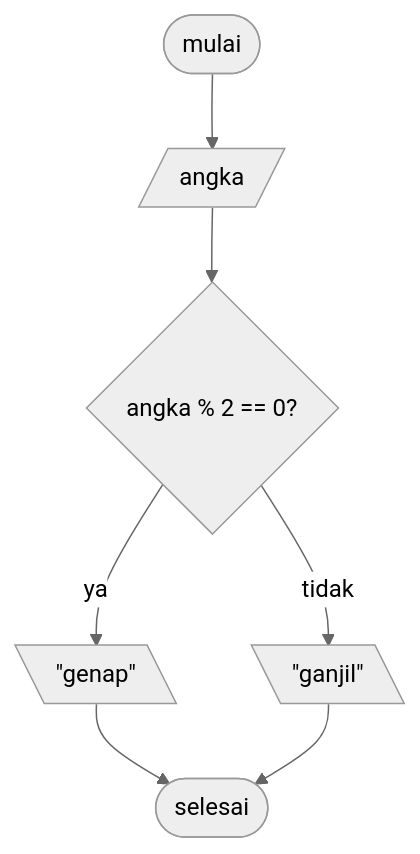
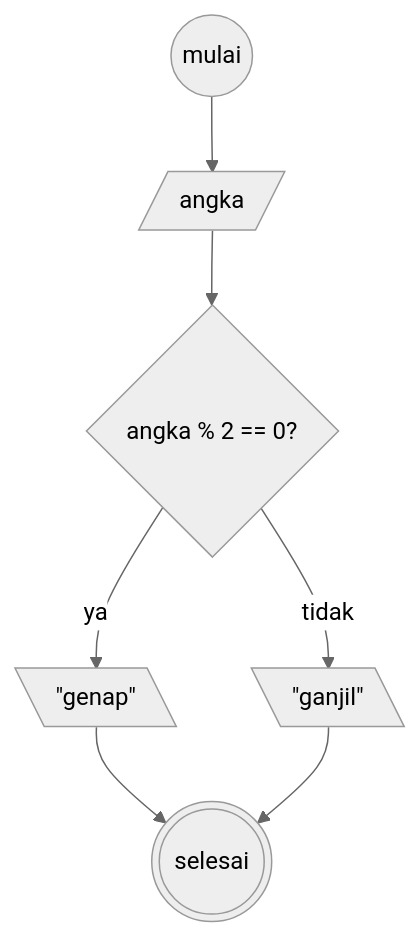
The first of 2 diagrams in README.md (sronnaim/koda-b10-algoritma), drawn with Mermaid (neutral theme) before and after one commit. The commit also changed other lines of this file, not shown here.

Commit message:
feat: added flowchart to area and circum algo

````diff
--- a/README.md
+++ b/README.md
@@ -27,13 +27,13 @@
 ```mermaid
 flowchart TD
-    Start@{ shape: terminal, label: mulai }
+    Start@{ shape: circle, label: mulai }
     Input@{ shape: lean-r, label: angka }
     Control@{ shape: diamond, label: "angka % 2 == 0?" }
     OutputOdd@{ shape: lean-l, label: "#quot;ganjil#quot;" }
     OutputEven@{ shape: lean-l, label: "#quot;genap#quot;" }
-    End@{ shape: terminal, label: selesai }
+    End@{ shape: dbl-circ, label: selesai }
 
     Start --> Input --> Control
     Control --ya--> OutputEven --> End
     Control --tidak--> OutputOdd --> End
 ```
````
